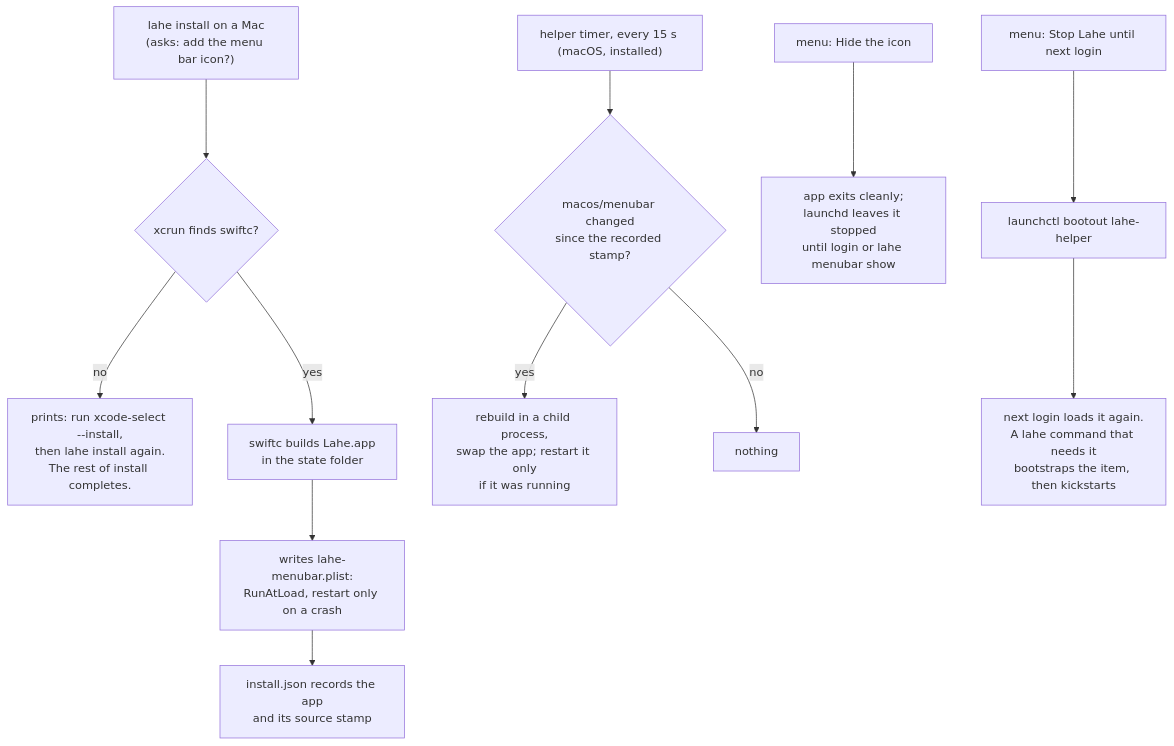
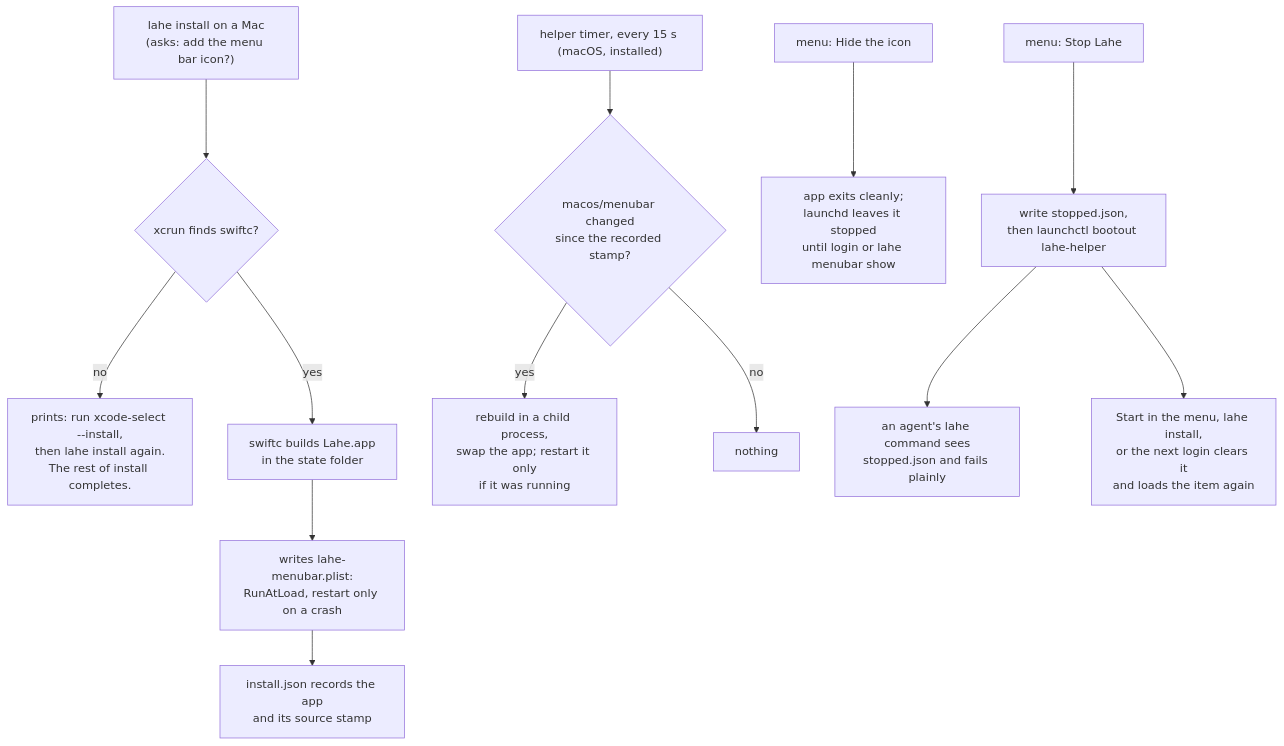
Before and after one commit to kenxle/live-agentic-html-editor: the fourth of 4 diagrams in docs/features/20261012.01_menu_bar_app/02_architecture_menu_bar_app.md, drawn with Mermaid. The commit also changed other lines of this file and 10 other files, not shown here.

Commit message:
Menu bar docs: Stop Lahe holds until Ken starts it; agents' commands fail plainly meanwhile (Ken, in review)

````diff
--- a/docs/features/20261012.01_menu_bar_app/02_architecture_menu_bar_app.md
+++ b/docs/features/20261012.01_menu_bar_app/02_architecture_menu_bar_app.md
@@ -179,16 +179,17 @@
 ```mermaid
 flowchart TD
     Install["lahe install on a Mac<br/>(asks: add the menu bar icon?)"] --> Tools{"xcrun finds swiftc?"}
     Tools -->|"no"| Msg["prints: run xcode-select --install,<br/>then lahe install again.<br/>The rest of install completes."]
     Tools -->|"yes"| Build["swiftc builds Lahe.app<br/>in the state folder"]
     Build --> Item["writes lahe-menubar.plist:<br/>RunAtLoad, restart only on a crash"]
     Item --> Record["install.json records the app<br/>and its source stamp"]
 
     Timer["helper timer, every 15 s (macOS, installed)"] --> Stamp{"macos/menubar changed<br/>since the recorded stamp?"}
     Stamp -->|"yes"| Rebuild["rebuild in a child process,<br/>swap the app; restart it only<br/>if it was running"]
     Stamp -->|"no"| Idle["nothing"]
 
     Hide["menu: Hide the icon"] --> Exit["app exits cleanly;<br/>launchd leaves it stopped<br/>until login or lahe menubar show"]
-    Stop["menu: Stop Lahe until next login"] --> Bootout["launchctl bootout lahe-helper"]
-    Bootout --> Back["next login loads it again.<br/>A lahe command that needs it<br/>bootstraps the item, then kickstarts"]
+    Stop["menu: Stop Lahe"] --> Mark["write stopped.json,<br/>then launchctl bootout lahe-helper"]
+    Mark --> Held["an agent's lahe command sees<br/>stopped.json and fails plainly"]
+    Mark --> Back["Start in the menu, lahe install,<br/>or the next login clears it<br/>and loads the item again"]
 ```
````
